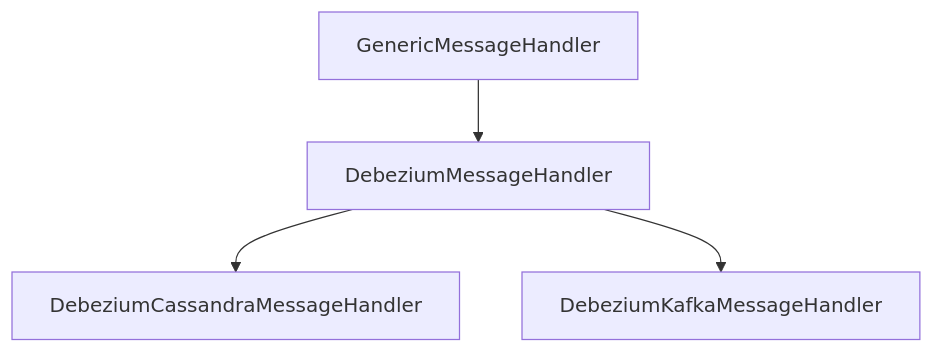
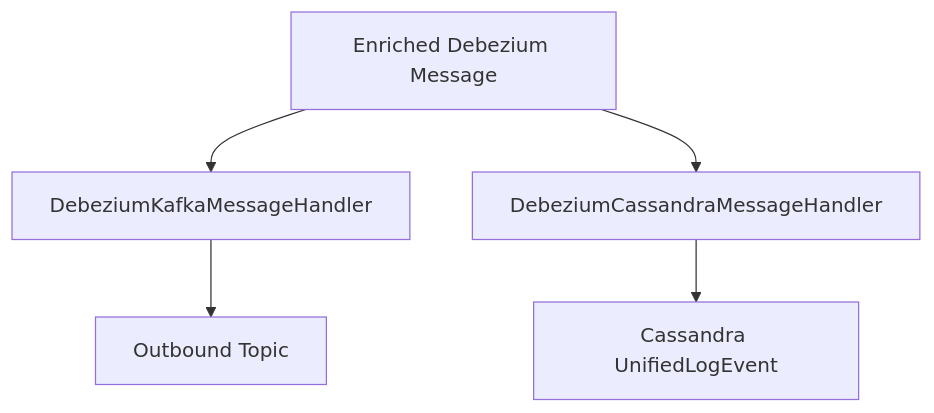
The diagram in docs/architecture/diagrams/stream-service-core-4.mmd (Praesto-Pro/openframe-oss-tenant), drawn with Mermaid before and after one commit. The commit also changed 174 other files, not shown here.

```diff
--- a/docs/architecture/diagrams/stream-service-core-4.mmd
+++ b/docs/architecture/diagrams/stream-service-core-4.mmd
@@ -1,4 +1,5 @@
 flowchart TD
-    GenericHandler["GenericMessageHandler"] --> DebeziumHandler["DebeziumMessageHandler"]
-    DebeziumHandler --> CassandraHandler["DebeziumCassandraMessageHandler"]
-    DebeziumHandler --> KafkaHandler["DebeziumKafkaMessageHandler"]
+    Enriched["Enriched Debezium Message"] --> KafkaHandler["DebeziumKafkaMessageHandler"]
+    Enriched --> CassandraHandler["DebeziumCassandraMessageHandler"]
+    KafkaHandler --> KafkaOut["Outbound Topic"]
+    CassandraHandler --> CassandraDB["Cassandra UnifiedLogEvent"]
```
